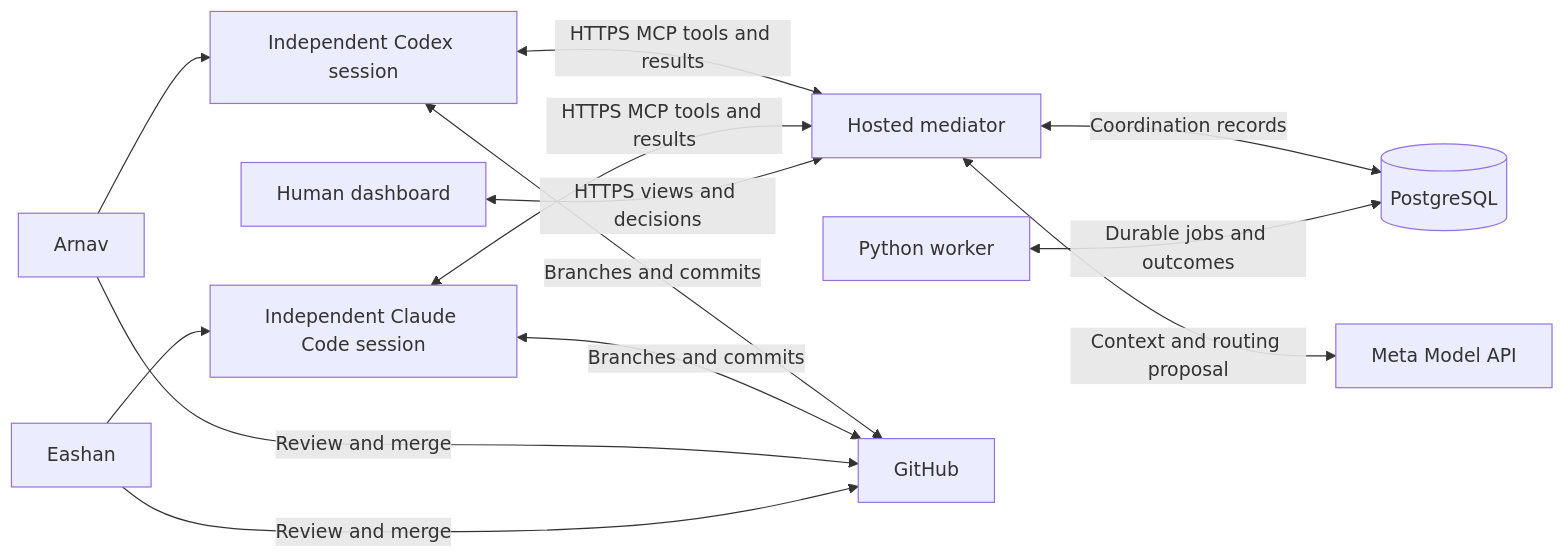
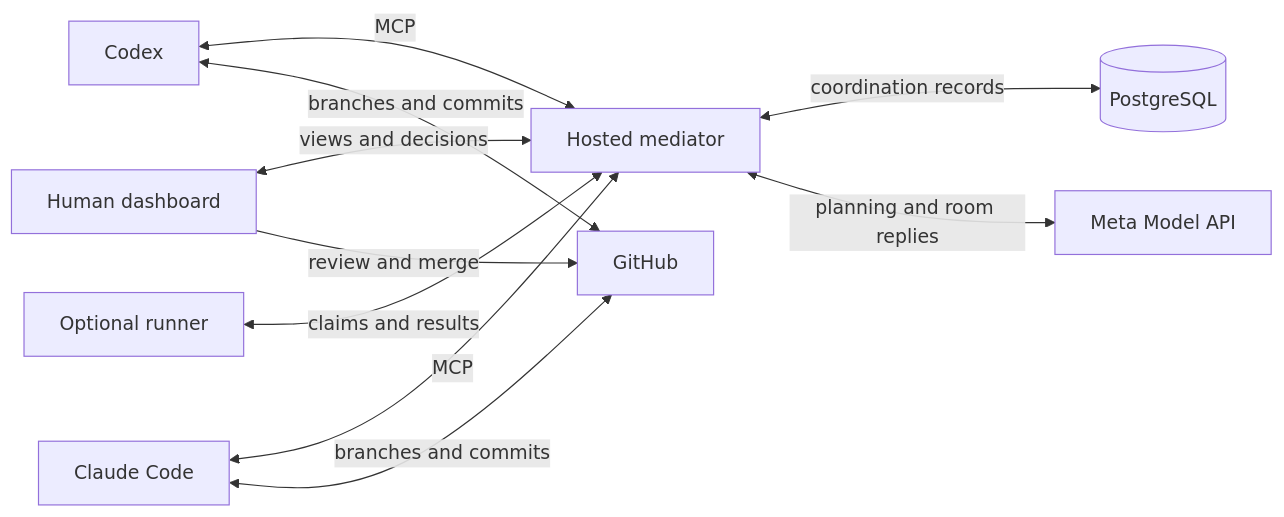
One commit to arnavmabrukar/Tandem changed the second of 2 diagrams in README.md. Above: the diagram before and after it, drawn with Mermaid. The commit also changed other lines of this file, not shown here.

````diff
--- a/README.md
+++ b/README.md
@@ -22,15 +78,11 @@
 ```mermaid
 flowchart LR
-  A[Arnav] --> C[Independent Codex session]
-  E[Eashan] --> L[Independent Claude Code session]
-  C <-->|HTTPS MCP tools and results| M[Hosted mediator]
-  L <-->|HTTPS MCP tools and results| M
-  H[Human dashboard] <-->|HTTPS views and decisions| M
-  M <-->|Coordination records| D[(PostgreSQL)]
-  W[Python worker] <-->|Durable jobs and outcomes| D
-  M <-->|Context and routing proposal| AI[Meta Model API]
-  C <-->|Branches and commits| G[GitHub]
-  L <-->|Branches and commits| G
-  A -->|Review and merge| G
-  E -->|Review and merge| G
+  H[Human dashboard] <-->|views and decisions| M[Hosted mediator]
+  A1[Codex] <-->|MCP| M
+  A2[Claude Code] <-->|MCP| M
+  M <-->|coordination records| D[(PostgreSQL)]
+  M <-->|planning and room replies| AI[Meta Model API]
+  R[Optional runner] <-->|claims and results| M
+  A1 & A2 <-->|branches and commits| G[GitHub]
+  H -->|review and merge| G
 ```
````
